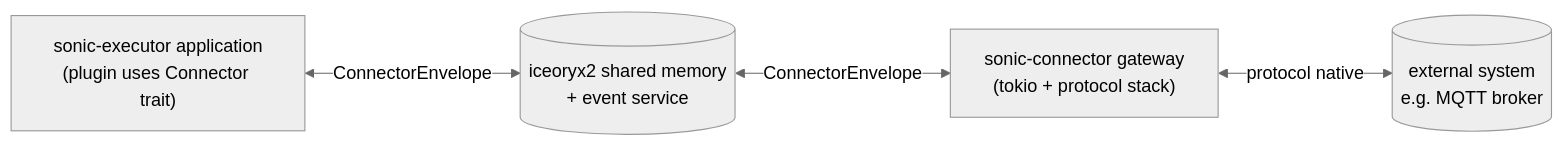
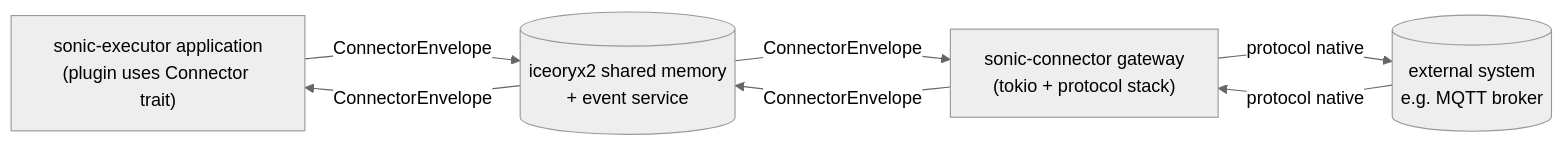
Before and after one commit to patdhlk/sonic: the first of 9 diagrams in spec/architecture/connector.rst, drawn with Mermaid (neutral theme). The commit also changed other lines of this file, not shown here.

First line of the commit message:
spec: fix mermaid syntax errors in connector architecture diagrams

```diff
--- a/spec/architecture/connector.rst
+++ b/spec/architecture/connector.rst
@@ -139,10 +139,13 @@
    .. mermaid::
 
       flowchart LR
         APP["sonic-executor application<br/>(plugin uses Connector trait)"]
         SHM[("iceoryx2 shared memory<br/>+ event service")]
         GW["sonic-connector gateway<br/>(tokio + protocol stack)"]
         EXT[("external system<br/>e.g. MQTT broker")]
-        APP <-- ConnectorEnvelope --> SHM
-        SHM <-- ConnectorEnvelope --> GW
-        GW <-- protocol native --> EXT
+        APP -- ConnectorEnvelope --> SHM
+        SHM -- ConnectorEnvelope --> APP
+        SHM -- ConnectorEnvelope --> GW
+        GW -- ConnectorEnvelope --> SHM
+        GW -- protocol native --> EXT
+        EXT -- protocol native --> GW
```
